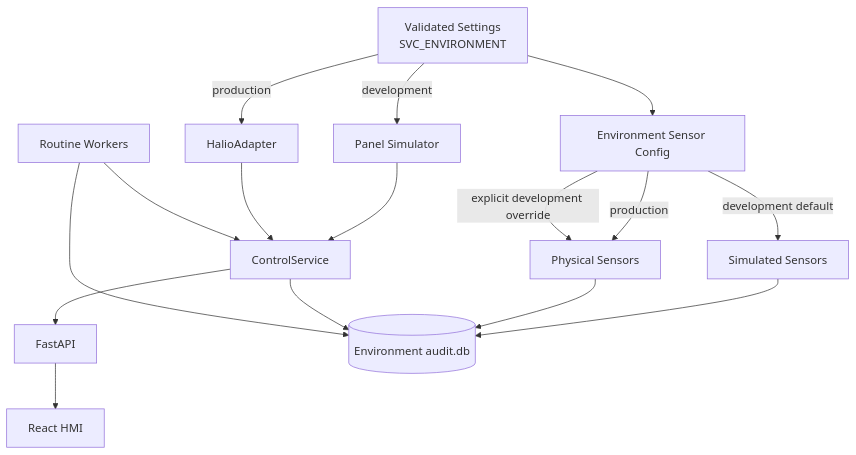
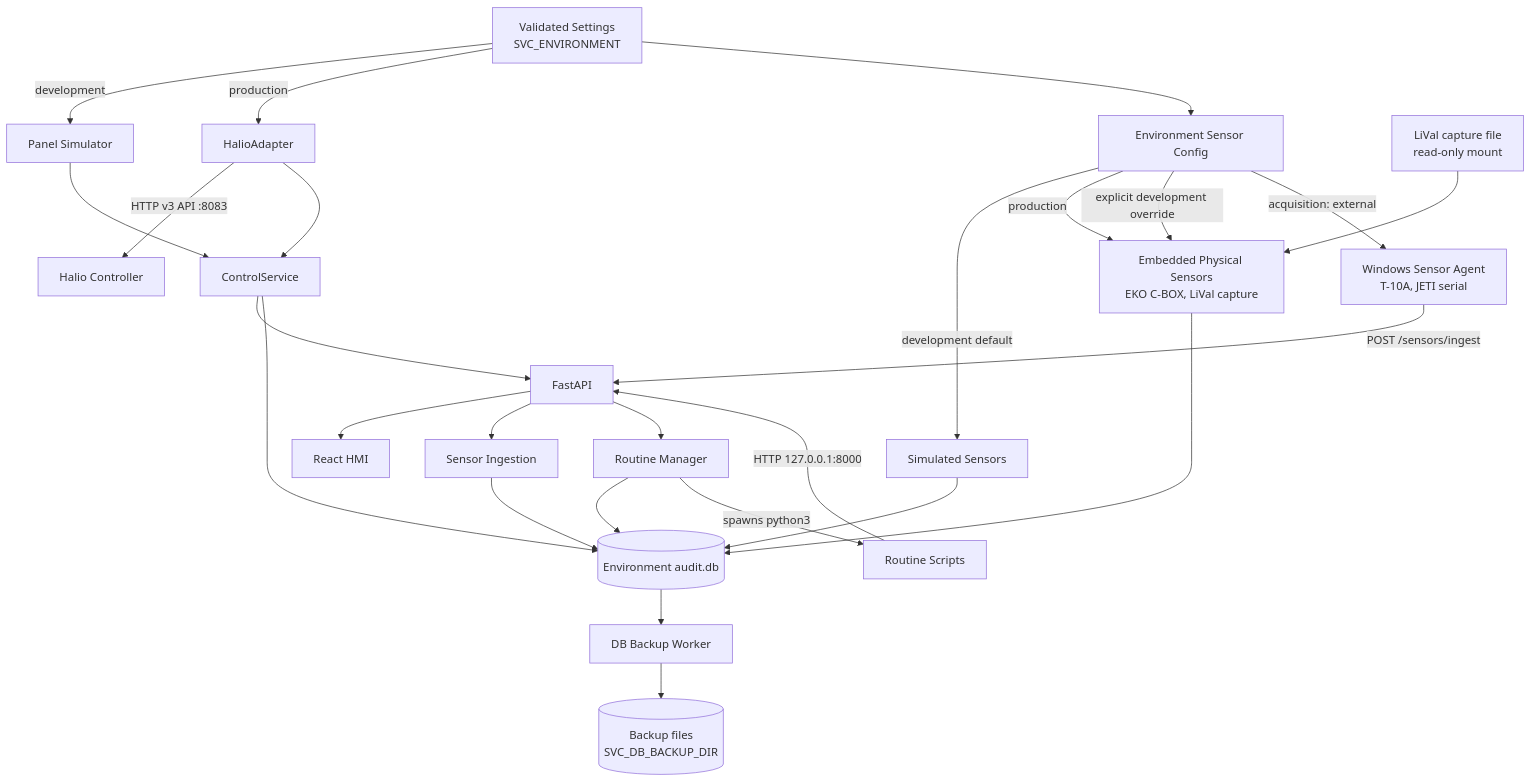
Before and after one commit to radiantlab/GlazingControlApp: the diagram in docs/architectureDiagram.md, drawn with Mermaid. The commit also changed other lines of this file and 23 other files, not shown here.

````diff
--- a/docs/architectureDiagram.md
+++ b/docs/architectureDiagram.md
@@ -3,21 +3,33 @@
 ```mermaid
 flowchart TD
-    SETTINGS[Validated Settings<br/>SVC_ENVIRONMENT]
+    SETTINGS["Validated Settings<br/>SVC_ENVIRONMENT"]
     SETTINGS -->|development| DEV[Panel Simulator]
     SETTINGS -->|production| HALIO[HalioAdapter]
+    HALIO -->|"HTTP v3 API :8083"| CONTROLLER[Halio Controller]
     DEV --> SERVICE[ControlService]
     HALIO --> SERVICE
     SERVICE --> API[FastAPI]
     API --> WEB[React HMI]
 
     SETTINGS --> SENSOR_CONFIG[Environment Sensor Config]
     SENSOR_CONFIG -->|development default| SIM_SENSORS[Simulated Sensors]
-    SENSOR_CONFIG -->|production| PHYSICAL_SENSORS[Physical Sensors]
+    SENSOR_CONFIG -->|production| PHYSICAL_SENSORS["Embedded Physical Sensors<br/>EKO C-BOX, LiVal capture"]
     SENSOR_CONFIG -->|explicit development override| PHYSICAL_SENSORS
+    LIVAL["LiVal capture file<br/>read-only mount"] --> PHYSICAL_SENSORS
 
     SIM_SENSORS --> DB[(Environment audit.db)]
     PHYSICAL_SENSORS --> DB
     SERVICE --> DB
-    ROUTINES[Routine Workers] --> SERVICE
-    ROUTINES --> DB
+    DB --> BACKUP["DB Backup Worker"]
+    BACKUP --> BACKUPS[("Backup files<br/>SVC_DB_BACKUP_DIR")]
+
+    SENSOR_CONFIG -->|"acquisition: external"| AGENT["Windows Sensor Agent<br/>T-10A, JETI serial"]
+    AGENT -->|"POST /sensors/ingest"| API
+    API --> INGEST[Sensor Ingestion]
+    INGEST --> DB
+
+    API --> ROUTINE_MANAGER[Routine Manager]
+    ROUTINE_MANAGER --> DB
+    ROUTINE_MANAGER -->|"spawns python3"| ROUTINES[Routine Scripts]
+    ROUTINES -->|"HTTP 127.0.0.1:8000"| API
 ```
````
